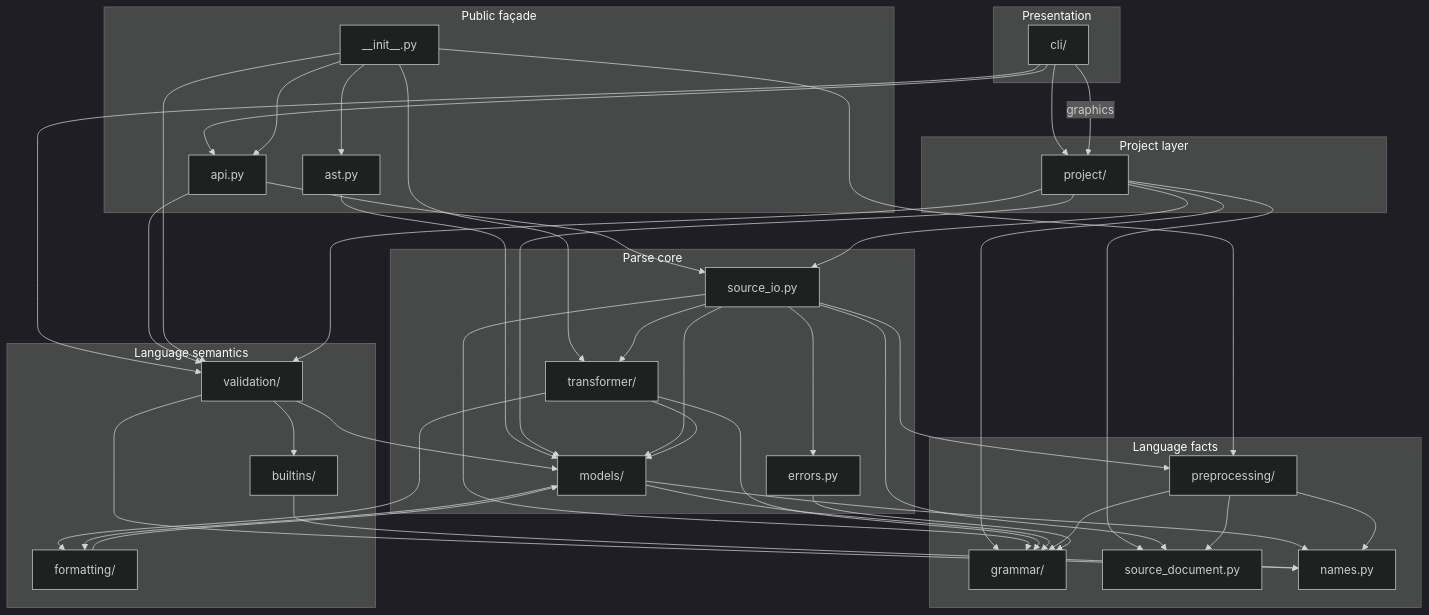
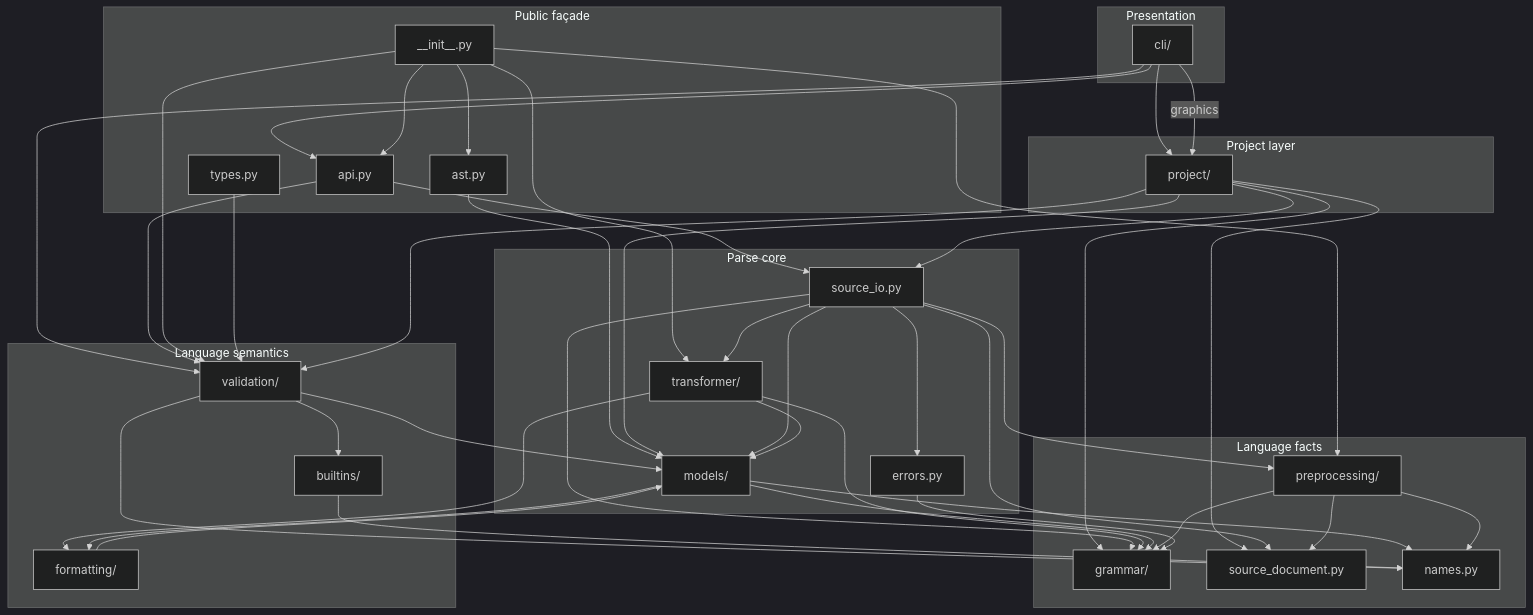
One commit to SorenHJohansen/sattline-parser changed the first of 4 diagrams in docs/architecture.md. Above: the diagram before and after it, drawn with Mermaid (dark theme). The commit also changed other lines of this file and 19 other files, not shown here.

````diff
--- a/docs/architecture.md
+++ b/docs/architecture.md
@@ -9,79 +9,81 @@
 ```mermaid
 flowchart TB
     subgraph L6["Presentation"]
         CLI["cli/"]
     end
 
     subgraph L5["Public façade"]
         API["api.py"]
         ASTSURF["ast.py"]
+        TYPEFACTS["types.py"]
         INIT["__init__.py"]
     end
 
     subgraph L4["Project layer"]
         PROJECT["project/"]
     end
 
     subgraph L3["Language semantics"]
         VALIDATION["validation/"]
         BUILTINS["builtins/"]
         FORMATTING["formatting/"]
     end
 
     subgraph L2["Parse core"]
         SOURCE_IO["source_io.py"]
         TRANSFORMER["transformer/"]
         MODELS["models/"]
         ERRORS["errors.py"]
     end
 
     subgraph L1["Language facts"]
         GRAMMAR["grammar/"]
         PREPROCESS["preprocessing/"]
         SOURCE_DOC["source_document.py"]
         NAMES["names.py"]
     end
 
     CLI --> API
     CLI --> PROJECT
     CLI --> VALIDATION
     CLI -->|graphics| PROJECT
     API --> SOURCE_IO
     API --> VALIDATION
     INIT --> API
     INIT --> ASTSURF
     INIT --> TRANSFORMER
     INIT --> PREPROCESS
     INIT --> VALIDATION
     ASTSURF --> MODELS
+    TYPEFACTS --> VALIDATION
 
     PROJECT --> SOURCE_IO
     PROJECT --> VALIDATION
     PROJECT --> MODELS
     PROJECT --> GRAMMAR
     PROJECT --> SOURCE_DOC
 
     VALIDATION --> MODELS
     VALIDATION --> BUILTINS
     VALIDATION --> NAMES
     BUILTINS --> NAMES
     FORMATTING --> MODELS
 
     SOURCE_IO --> TRANSFORMER
     SOURCE_IO --> MODELS
     SOURCE_IO --> ERRORS
     SOURCE_IO --> GRAMMAR
     SOURCE_IO --> PREPROCESS
     SOURCE_IO --> SOURCE_DOC
 
     TRANSFORMER --> MODELS
     TRANSFORMER --> GRAMMAR
     TRANSFORMER --> FORMATTING
     MODELS --> GRAMMAR
     MODELS --> NAMES
     MODELS --> FORMATTING
     PREPROCESS --> SOURCE_DOC
     PREPROCESS --> GRAMMAR
     PREPROCESS --> NAMES
     ERRORS --> GRAMMAR
 ```
````
